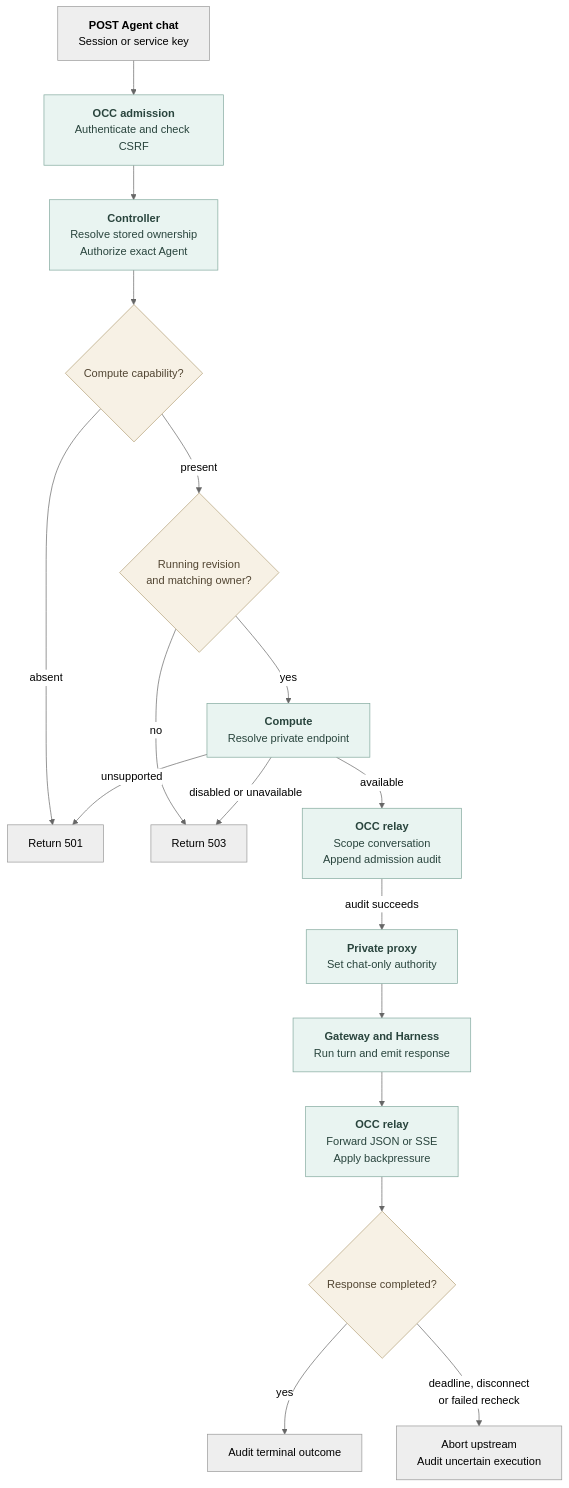
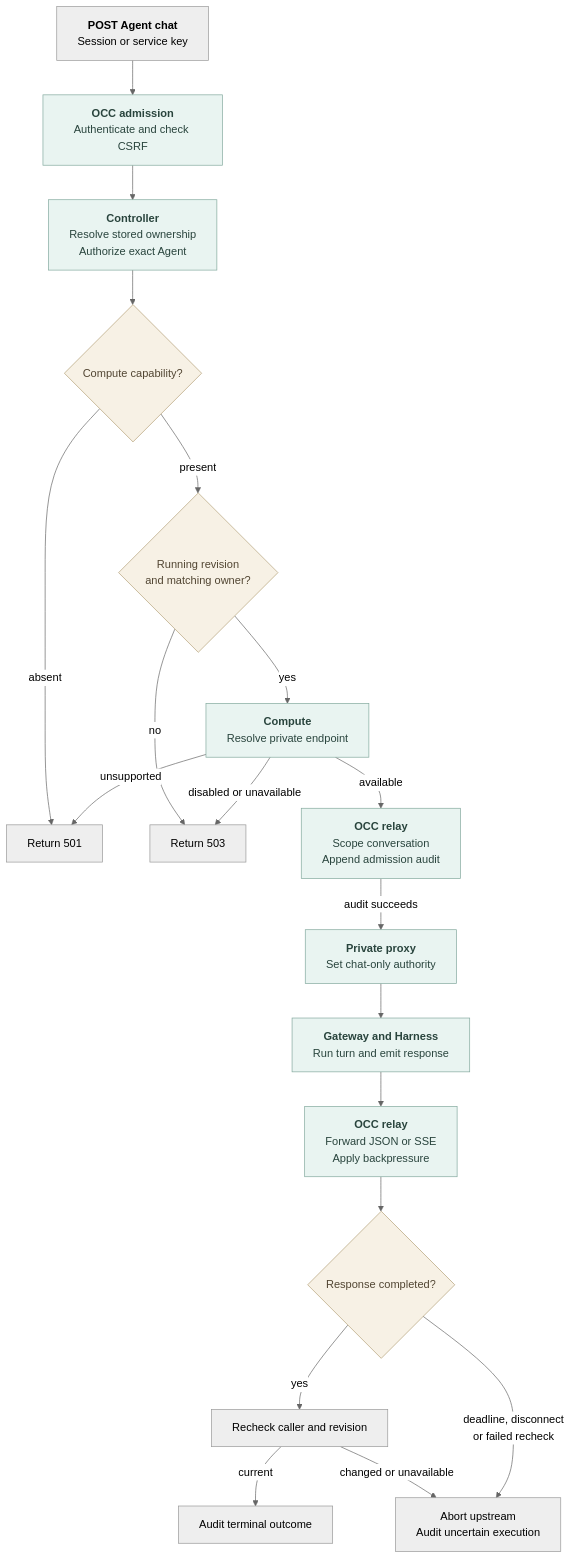
Before and after one commit to openclaw/openclaw-enterprise: the diagram in docs/flows/agent-http-chat.md, drawn with Mermaid (neutral theme). The commit also changed other lines of this file and 7 other files, not shown here.

Commit message:
Recheck chat authority before terminal delivery

````diff
--- a/docs/flows/agent-http-chat.md
+++ b/docs/flows/agent-http-chat.md
@@ -29,23 +29,25 @@
 ```mermaid
 graph TD
   A["<b>POST Agent chat</b><br/>Session or service key"] --> B["<b>OCC admission</b><br/>Authenticate and check CSRF"]
   B --> C["<b>Controller</b><br/>Resolve stored ownership<br/>Authorize exact Agent"]
   C --> D{"Compute capability?"}
   D -->|absent| U["Return 501"]
   D -->|present| E{"Running revision<br/>and matching owner?"}
   E -->|no| V["Return 503"]
   E -->|yes| F["<b>Compute</b><br/>Resolve private endpoint"]
   F -->|unsupported| U
   F -->|disabled or unavailable| V
   F -->|available| G["<b>OCC relay</b><br/>Scope conversation<br/>Append admission audit"]
   G -->|audit succeeds| H["<b>Private proxy</b><br/>Set chat-only authority"]
   H --> I["<b>Gateway and Harness</b><br/>Run turn and emit response"]
   I --> J["<b>OCC relay</b><br/>Forward JSON or SSE<br/>Apply backpressure"]
   J --> K{"Response completed?"}
-  K -->|yes| L["Audit terminal outcome"]
+  K -->|yes| N["Recheck caller and revision"]
+  N -->|current| L["Audit terminal outcome"]
+  N -->|changed or unavailable| M
   K -->|deadline, disconnect<br/>or failed recheck| M["Abort upstream<br/>Audit uncertain execution"]
   classDef gate fill:#F7F1E5,stroke:#B3A078,color:#514532,stroke-width:1px
   classDef process fill:#E9F4F1,stroke:#83A99E,color:#29443D,stroke-width:1px
   class D,E,K gate
   class B,C,F,G,H,I,J process
 ```
````
